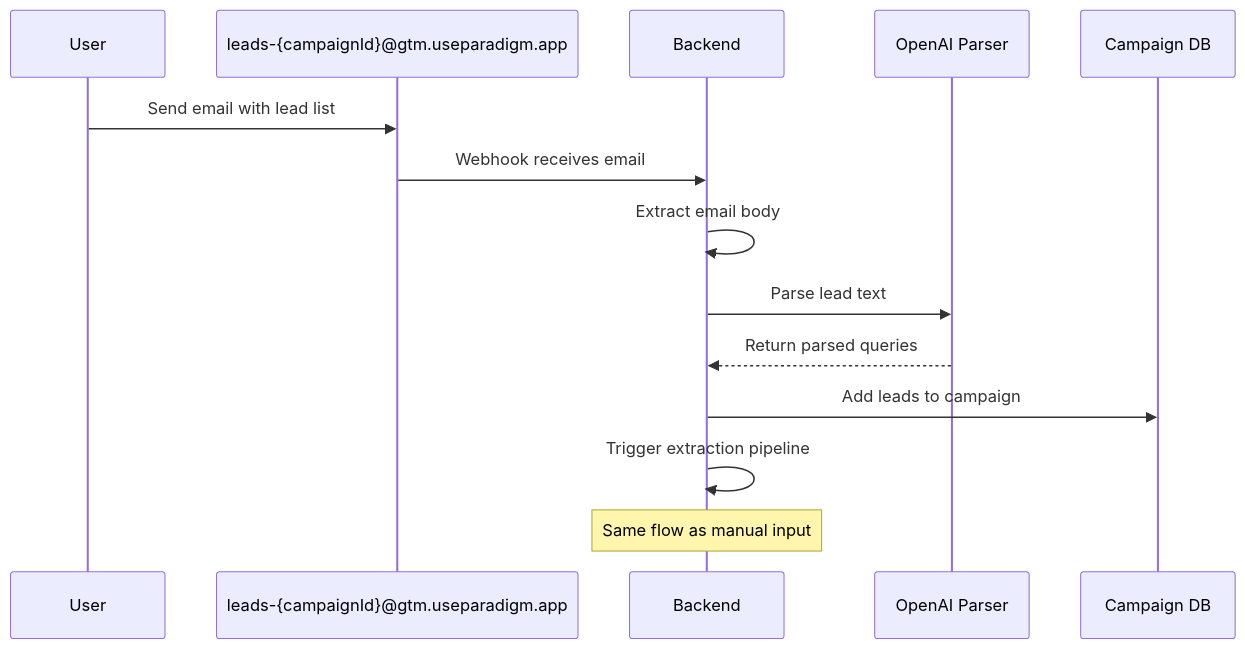
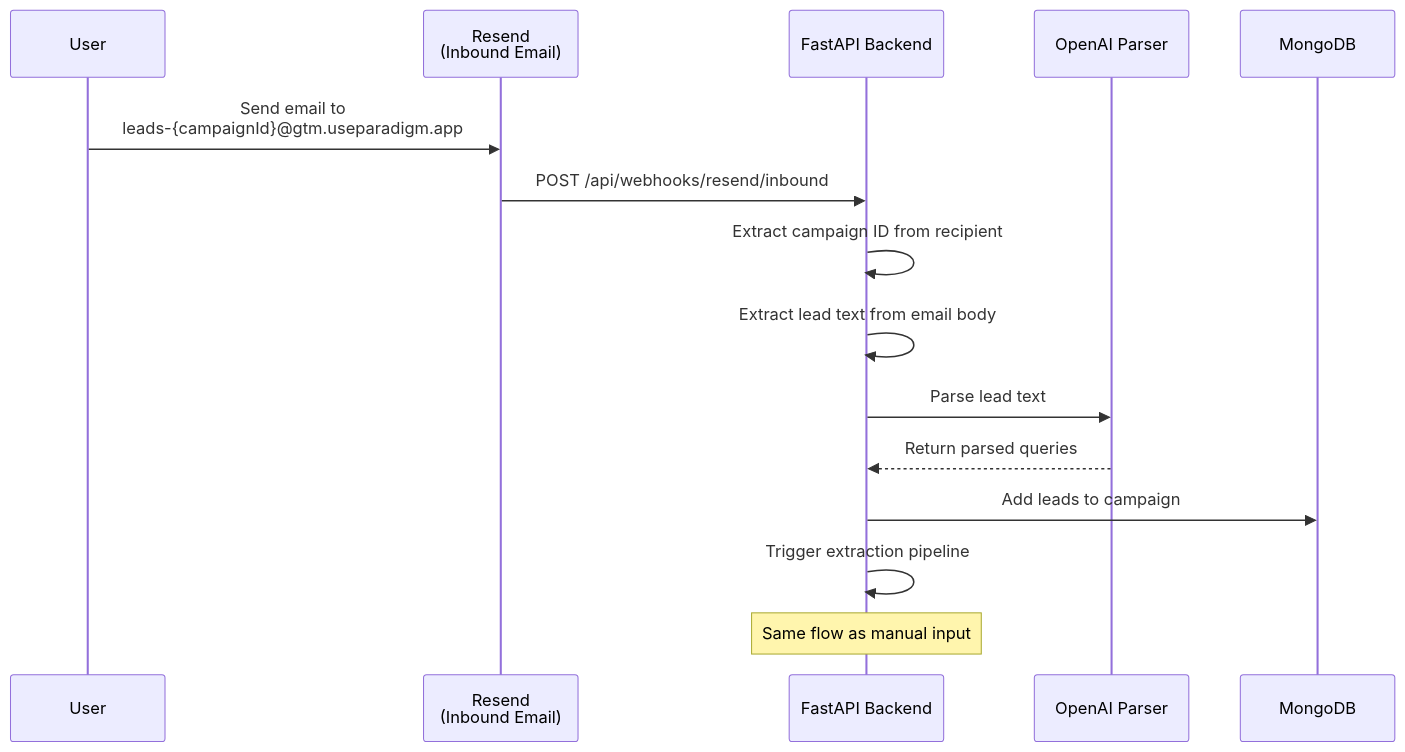
Before and after one commit to YCStackathon/vibe-gtm: the second of 3 diagrams in docs/PROPOSALS_FLOW.md, drawn with Mermaid. The commit also changed other lines of this file, not shown here.

First line of the commit message:
docs(proposals): add Resend to architecture and update email flow

````diff
--- a/docs/PROPOSALS_FLOW.md
+++ b/docs/PROPOSALS_FLOW.md
@@ -219,17 +220,18 @@
 ```mermaid
 sequenceDiagram
     participant User
-    participant Email as leads-{campaignId}@gtm.useparadigm.app
-    participant Backend
+    participant Resend as Resend<br/>(Inbound Email)
+    participant Backend as FastAPI Backend
     participant Parser as OpenAI Parser
-    participant Campaign as Campaign DB
+    participant DB as MongoDB
 
-    User->>Email: Send email with lead list
-    Email->>Backend: Webhook receives email
-    Backend->>Backend: Extract email body
+    User->>Resend: Send email to<br/>leads-{campaignId}@gtm.useparadigm.app
+    Resend->>Backend: POST /api/webhooks/resend/inbound
+    Backend->>Backend: Extract campaign ID from recipient
+    Backend->>Backend: Extract lead text from email body
     Backend->>Parser: Parse lead text
     Parser-->>Backend: Return parsed queries
-    Backend->>Campaign: Add leads to campaign
+    Backend->>DB: Add leads to campaign
     Backend->>Backend: Trigger extraction pipeline
     Note over Backend: Same flow as manual input
 ```
````
